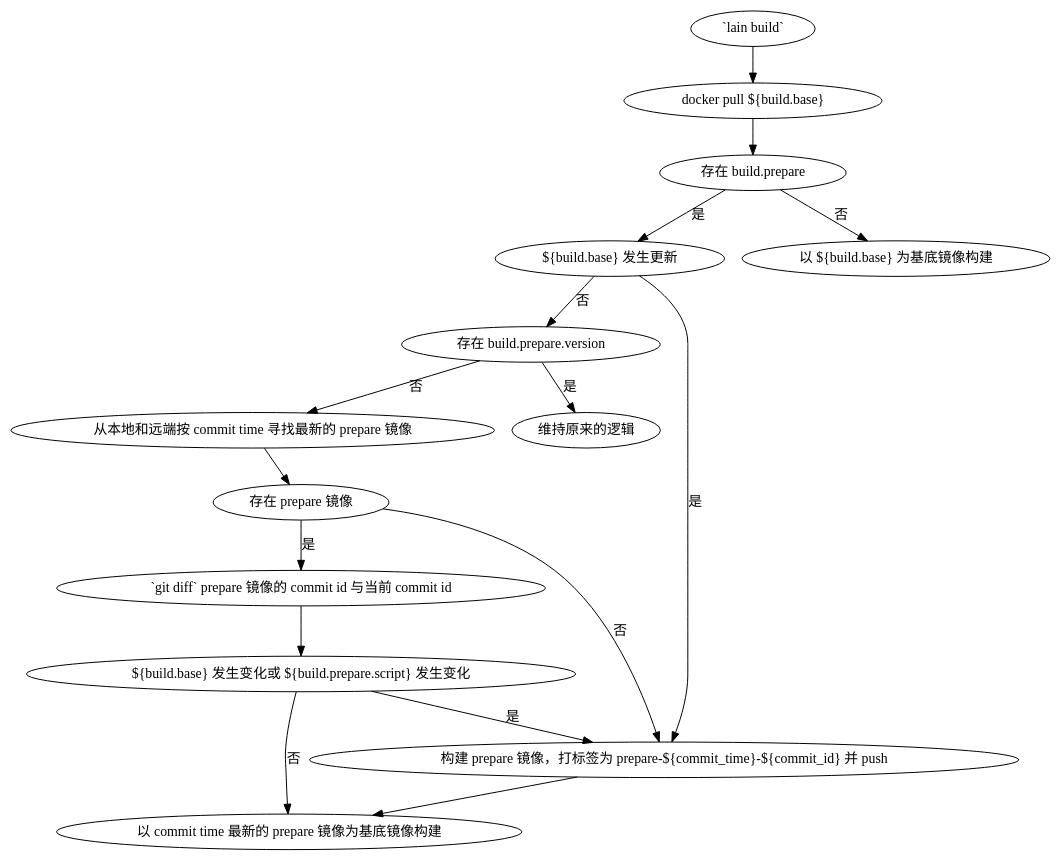
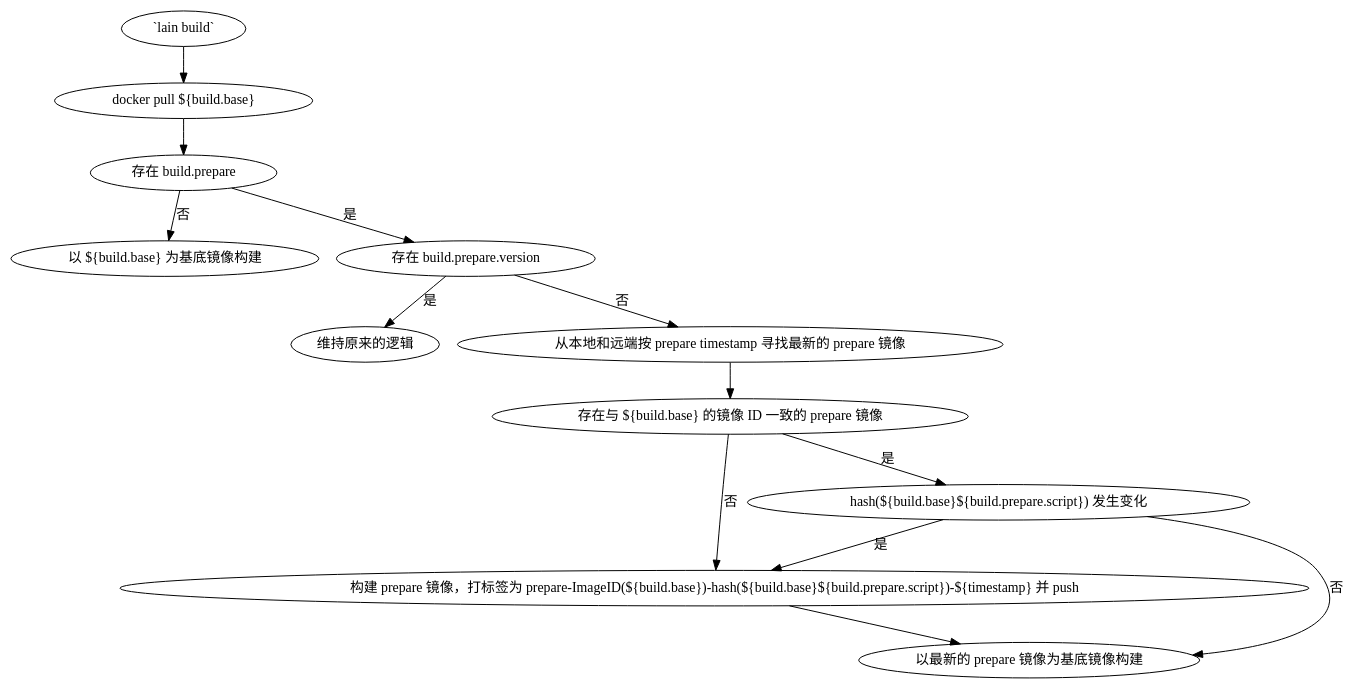
The diagram in lain-cli-prepare.dot (kaizhang16/tmp), drawn with Graphviz before and after one commit. The commit also changed 1 other file, not shown here.

Commit message:
lain-cli-prepare.dot done

```diff
--- a/lain-cli-prepare.dot
+++ b/lain-cli-prepare.dot
@@ -1,37 +1,31 @@
 digraph G {
   lainBuild [label="`lain build`"];
   pullBuildBase [label="docker pull ${build.base}"];
-  isBuildBaseImageUpdated [label="${build.base} 发生更新"];
   prepareExist [label="存在 build.prepare"];
   buildWithoutPrepare [label="以 ${build.base} 为基底镜像构建"];
   prepareVersionExist [label="存在 build.prepare.version"];
   keep [label="维持原来的逻辑"];
-  searchPrepareImage [label="从本地和远端按 commit time 寻找最新的 prepare 镜像"];
-  prepareImageExist [label="存在 prepare 镜像"];
-  buildPrepareImage [label="构建 prepare 镜像，打标签为 prepare-${commit_time}-${commit_id} 并 push"];
-  gitDiff [label="`git diff` prepare 镜像的 commit id 与当前 commit id"];
-  needRePrepare [label="${build.base} 发生变化或 ${build.prepare.script} 发生变化"];
-  buildWithPrepare [label="以 commit time 最新的 prepare 镜像为基底镜像构建"];
+  searchPrepareImage [label="从本地和远端按 prepare timestamp 寻找最新的 prepare 镜像"];
+  prepareImageExist [label="存在与 ${build.base} 的镜像 ID 一致的 prepare 镜像"];
+  buildPrepareImage [label="构建 prepare 镜像，打标签为 prepare-ImageID(${build.base})-hash(${build.base}${build.prepare.script})-${timestamp} 并 push"];
+  isHashUpdated [label="hash(${build.base}${build.prepare.script}) 发生变化"];
+  buildWithPrepare [label="以最新的 prepare 镜像为基底镜像构建"];
 
   lainBuild -> pullBuildBase -> prepareExist;
 
   prepareExist -> buildWithoutPrepare [label="否"];
 
-  prepareExist -> isBuildBaseImageUpdated [label="是"];
-  isBuildBaseImageUpdated -> buildPrepareImage [label="是"];
-
-  isBuildBaseImageUpdated -> prepareVersionExist [label="否"];
+  prepareExist -> prepareVersionExist [label="是"];
   prepareVersionExist -> keep [label="是"];
 
   prepareVersionExist -> searchPrepareImage [label="否"];
   searchPrepareImage -> prepareImageExist;
   prepareImageExist -> buildPrepareImage [label="否"];
 
-  prepareImageExist -> gitDiff [label="是"];
-  gitDiff -> needRePrepare;
-  needRePrepare -> buildPrepareImage [label="是"];
+  prepareImageExist -> isHashUpdated [label="是"];
+  isHashUpdated -> buildPrepareImage [label="是"];
 
   buildPrepareImage -> buildWithPrepare;
 
-  needRePrepare -> buildWithPrepare [label="否"];
+  isHashUpdated -> buildWithPrepare [label="否"];
 }
```
